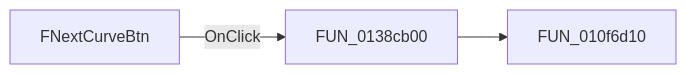
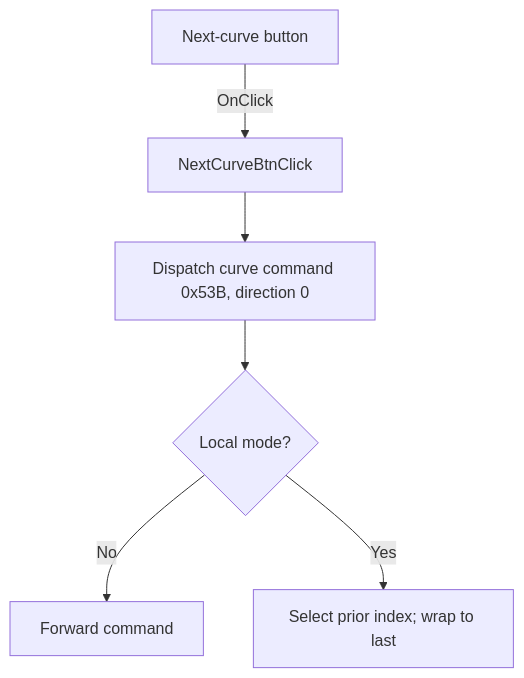
Before and after one commit to MovGP0/TIARA: the diagram in docs/ui-controls/signalanalyzerwin/fnextcurvebtn-ca8c40ce8d.md, drawn with Mermaid. The commit also changed other lines of this file and 1062 other files, not shown here.

````diff
--- a/docs/ui-controls/signalanalyzerwin/fnextcurvebtn-ca8c40ce8d.md
+++ b/docs/ui-controls/signalanalyzerwin/fnextcurvebtn-ca8c40ce8d.md
@@ -27,5 +29,8 @@
 ```mermaid
-flowchart LR
-    control["FNextCurveBtn"] -->|OnClick| handler["FUN_0138cb00"]
-    handler --> call1["FUN_010f6d10"]
+flowchart TD
+    control["Next-curve button"] -->|OnClick| handler["NextCurveBtnClick"]
+    handler --> command["Dispatch curve command 0x53B, direction 0"]
+    command --> mode{"Local mode?"}
+    mode -->|No| remote["Forward command"]
+    mode -->|Yes| select["Select prior index; wrap to last"]
 ```
````
